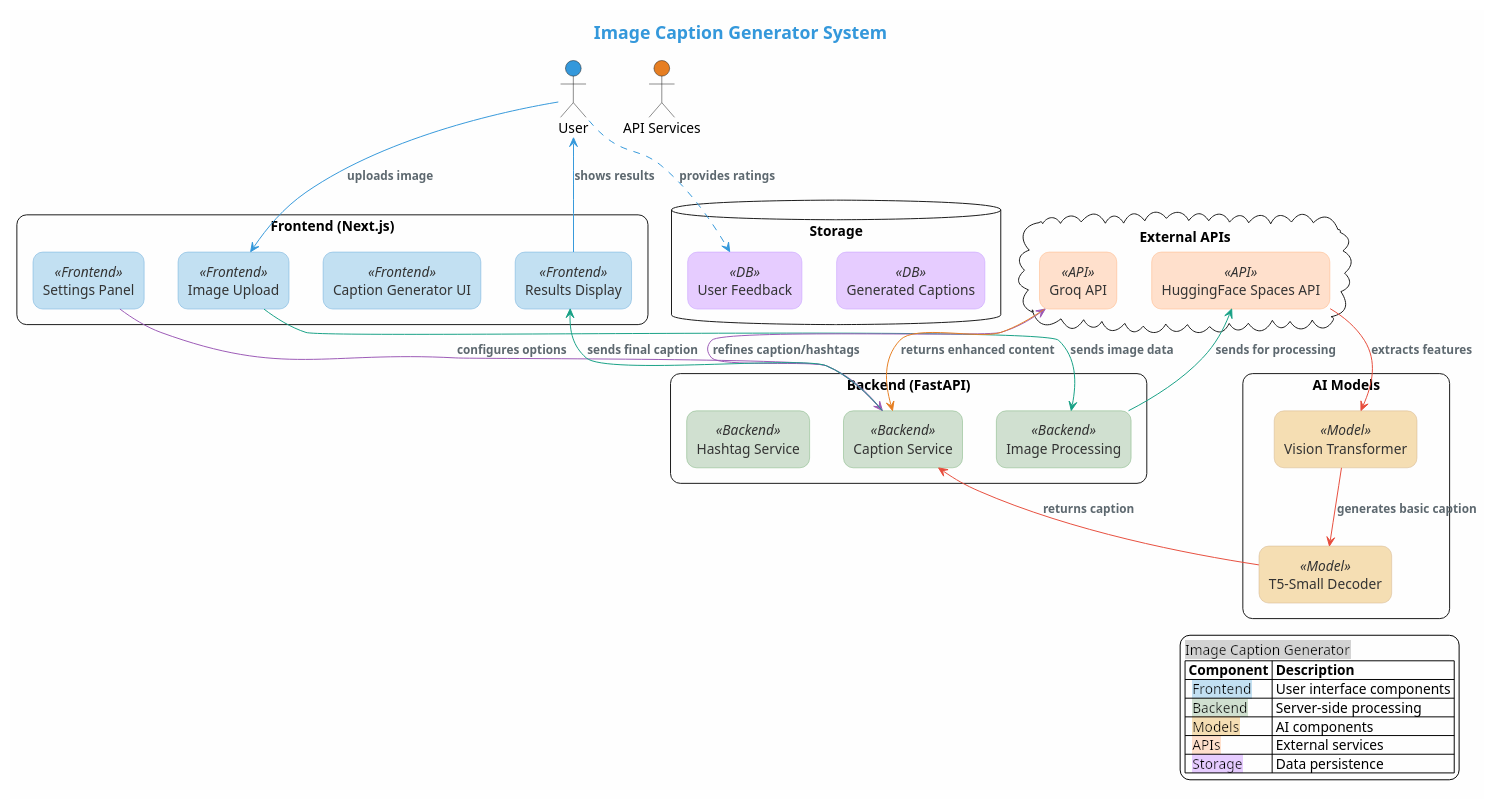
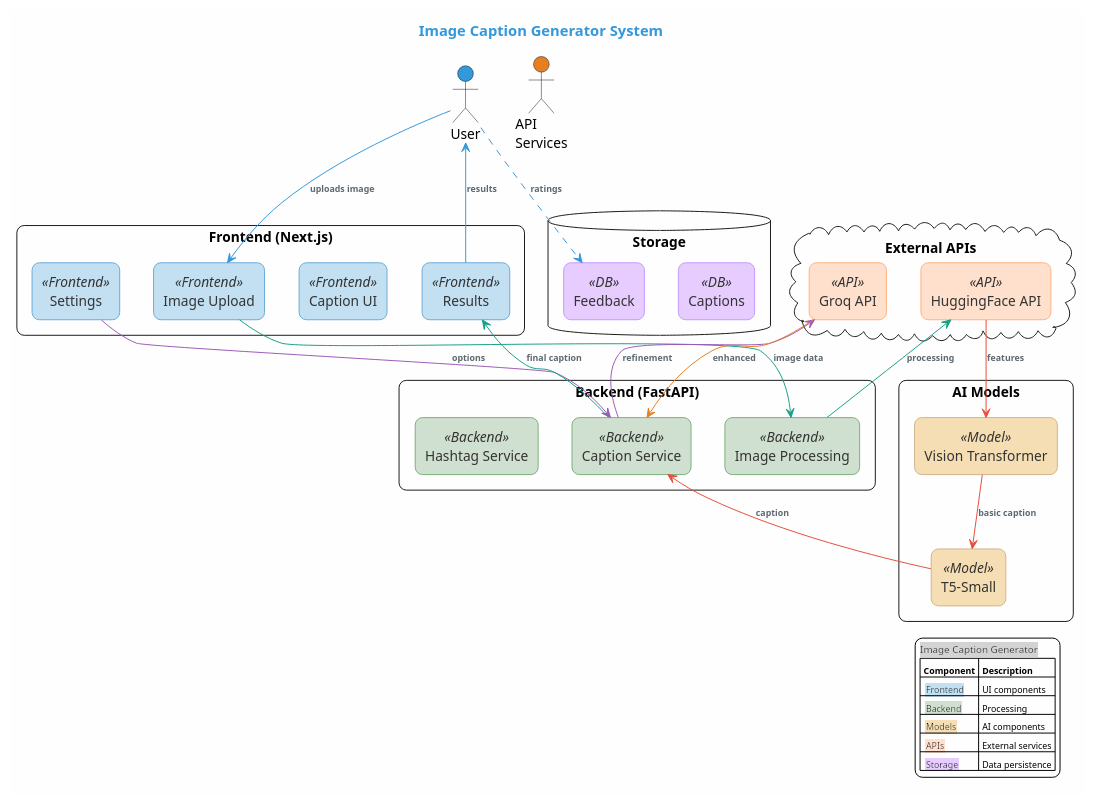
One commit to Rishabh050803/Image-caption-generator changed the diagram in System_Design/system_overview.puml. Above: the diagram before and after it, drawn with PlantUML. The commit also changed 11 other files, not shown here.

Commit message:
Replaced image upload design

```diff
--- a/System_Design/system_overview.puml
+++ b/System_Design/system_overview.puml
@@ -1,95 +1,111 @@
 @startuml System Overview
 
+' PDF page size settings
+scale max 800 width
+scale max 1100 height
+skinparam pageMargin 10
+skinparam pageExternalColor white
+skinparam pageBorderColor white
+
 skinparam backgroundColor #FEFEFE
-skinparam roundCorner 20
+skinparam roundCorner 15
 skinparam componentStyle rectangle
 skinparam handwritten false
 
+' More compact styling
 skinparam component {
   BackgroundColor<<Frontend>> #c2e0f2
   BorderColor<<Frontend>> #6aacda
   FontColor<<Frontend>> #333333
+  BorderThickness 1
   
   BackgroundColor<<Backend>> #d0e0d0
   BorderColor<<Backend>> #7ab17a
   FontColor<<Backend>> #333333
+  BorderThickness 1
   
   BackgroundColor<<Model>> #f5deb3
   BorderColor<<Model>> #d2b48c
   FontColor<<Model>> #333333
+  BorderThickness 1
   
   BackgroundColor<<API>> #ffe0cc
   BorderColor<<API>> #ffb380
   FontColor<<API>> #333333
+  BorderThickness 1
   
   BackgroundColor<<DB>> #e6ccff
   BorderColor<<DB>> #c299ff
   FontColor<<DB>> #333333
+  BorderThickness 1
 }
 
 skinparam arrow {
   Color #5D686F
   FontColor #5D686F
-  FontSize 12
+  FontSize 10
+  Thickness 1
 }
 
-title <font color=#3498db size=18><b>Image Caption Generator System</b></font>
+' Reduce title size slightly
+title <font color=#3498db size=15><b>Image Caption Generator System</b></font>
 
-' Define actors with custom colors
+' Actor placement for better layout
 actor "User" as user #3498db
-actor "API Services" as api #e67e22
+actor "API\nServices" as api #e67e22
 
-' Define main components - removed icon references
+' More compact component organization
 rectangle "Frontend (Next.js)" as frontend {
   component "Image Upload" as upload <<Frontend>>
-  component "Caption Generator UI" as capui <<Frontend>>
-  component "Settings Panel" as settings <<Frontend>>
-  component "Results Display" as display <<Frontend>>
+  component "Caption UI" as capui <<Frontend>>
+  component "Settings" as settings <<Frontend>>
+  component "Results" as display <<Frontend>>
 }
 
 rectangle "Backend (FastAPI)" as backend {
   component "Image Processing" as imgprocess <<Backend>>
   component "Caption Service" as capservice <<Backend>>
   component "Hashtag Service" as hashservice <<Backend>>
 }
 
 rectangle "AI Models" as models {
   component "Vision Transformer" as vit <<Model>>
-  component "T5-Small Decoder" as t5 <<Model>>
+  component "T5-Small" as t5 <<Model>>
 }
 
 cloud "External APIs" as external {
   component "Groq API" as groq <<API>>
-  component "HuggingFace Spaces API" as hf <<API>>
+  component "HuggingFace API" as hf <<API>>
 }
 
 database "Storage" as db {
-  component "Generated Captions" as captions <<DB>>
-  component "User Feedback" as feedback <<DB>>
+  component "Captions" as captions <<DB>>
+  component "Feedback" as feedback <<DB>>
 }
 
-' Define relationships with bold arrows
-user -[#3498db]-> upload : <b>uploads image</b>
-upload -[#16a085]-> imgprocess : <b>sends image data</b>
-imgprocess -[#16a085]-> hf : <b>sends for processing</b>
-hf -[#e74c3c]-> vit : <b>extracts features</b>
-vit -[#e74c3c]-> t5 : <b>generates basic caption</b>
-t5 -[#e74c3c]-> capservice : <b>returns caption</b>
-settings -[#9b59b6]-> capservice : <b>configures options</b>
-capservice -[#9b59b6]-> groq : <b>refines caption/hashtags</b>
-groq -[#e67e22]-> capservice : <b>returns enhanced content</b>
-capservice -[#16a085]-> display : <b>sends final caption</b>
-display -[#3498db]-> user : <b>shows results</b>
-user -[#3498db,dashed]-> feedback : <b>provides ratings</b>
+' Relationships with smaller font
+user -[#3498db]-> upload : <font size=9><b>uploads image</b></font>
+upload -[#16a085]-> imgprocess : <font size=9><b>image data</b></font>
+imgprocess -[#16a085]-> hf : <font size=9><b>processing</b></font>
+hf -[#e74c3c]-> vit : <font size=9><b>features</b></font>
+vit -[#e74c3c]-> t5 : <font size=9><b>basic caption</b></font>
+t5 -[#e74c3c]-> capservice : <font size=9><b>caption</b></font>
+settings -[#9b59b6]-> capservice : <font size=9><b>options</b></font>
+capservice -[#9b59b6]-> groq : <font size=9><b>refinement</b></font>
+groq -[#e67e22]-> capservice : <font size=9><b>enhanced</b></font>
+capservice -[#16a085]-> display : <font size=9><b>final caption</b></font>
+display -[#3498db]-> user : <font size=9><b>results</b></font>
+user -[#3498db,dashed]-> feedback : <font size=9><b>ratings</b></font>
 
+' Compact legend
 legend right
-  <back:lightgrey>Image Caption Generator</back>
-  |= Component |= Description |
-  | <back:#c2e0f2> Frontend </back> | User interface components |
-  | <back:#d0e0d0> Backend </back> | Server-side processing |
-  | <back:#f5deb3> Models </back> | AI components |
-  | <back:#ffe0cc> APIs </back> | External services |
-  | <back:#e6ccff> Storage </back> | Data persistence |
+  <back:lightgrey><font size=10>Image Caption Generator</font></back>
+  |= <font size=9>Component</font> |= <font size=9>Description</font> |
+  | <back:#c2e0f2><font size=9> Frontend </font></back> | <font size=9>UI components</font> |
+  | <back:#d0e0d0><font size=9> Backend </font></back> | <font size=9>Processing</font> |
+  | <back:#f5deb3><font size=9> Models </font></back> | <font size=9>AI components</font> |
+  | <back:#ffe0cc><font size=9> APIs </font></back> | <font size=9>External services</font> |
+  | <back:#e6ccff><font size=9> Storage </font></back> | <font size=9>Data persistence</font> |
 endlegend
 
 @enduml
```
